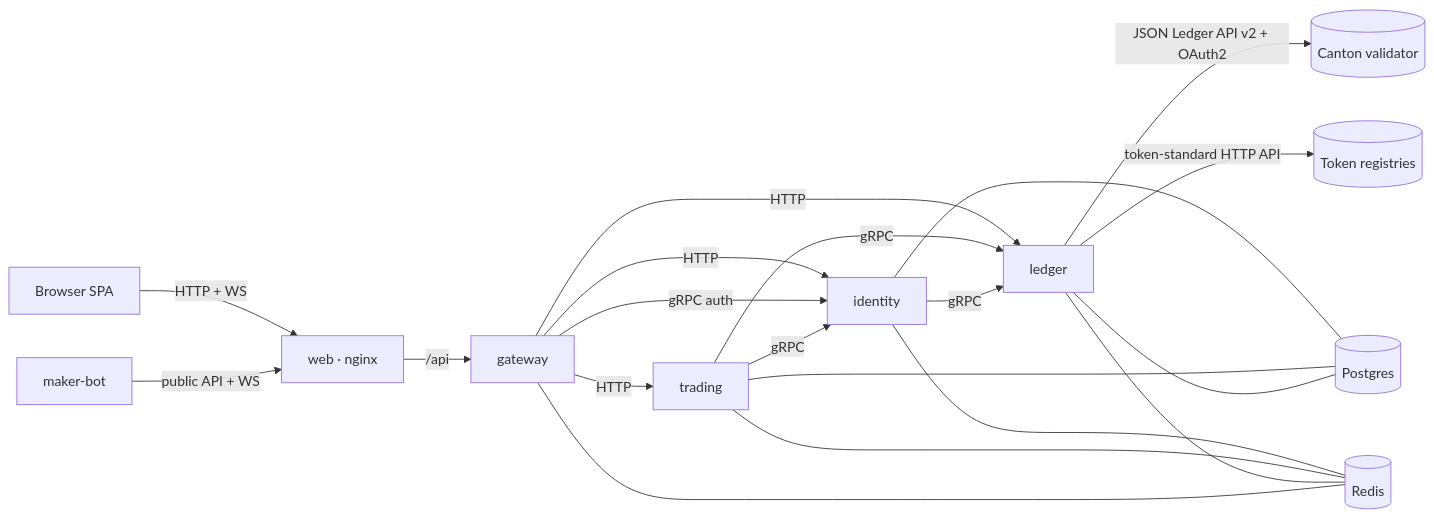
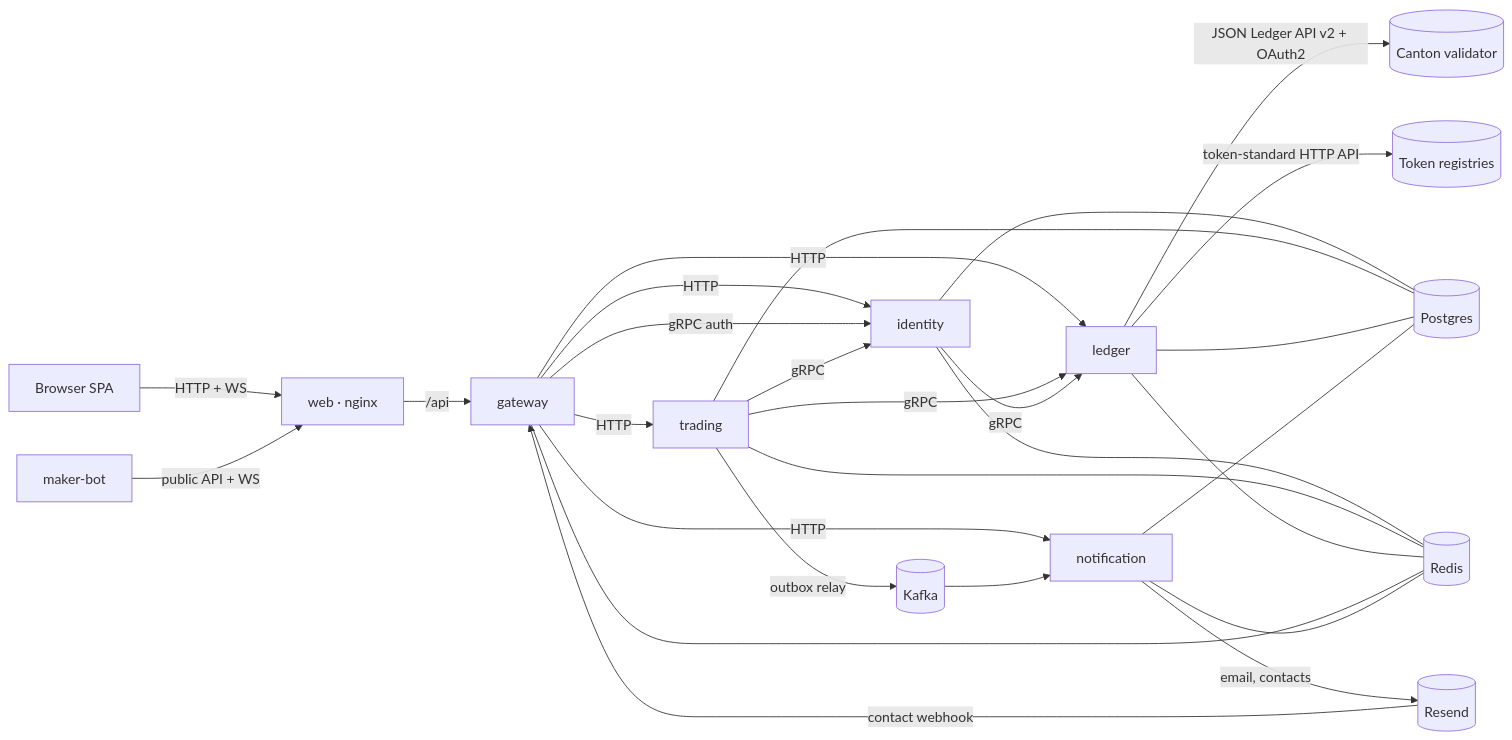
The diagram in README.md (vbloher/canton-private-otc-desk), drawn with Mermaid before and after one commit. The commit also changed other lines of this file and 144 other files, not shown here.

First line of the commit message:
Add email notifications through Kafka and a user profile

````diff
--- a/README.md
+++ b/README.md
@@ -40,22 +42,29 @@
 ```mermaid
 graph LR
   B[Browser SPA] -->|HTTP + WS| W[web · nginx]
   BOT[maker-bot] -->|public API + WS| W
   W -->|/api| G[gateway]
   G -->|HTTP| I[identity]
   G -->|HTTP| T[trading]
   G -->|HTTP| L[ledger]
+  G -->|HTTP| N[notification]
   G -->|gRPC auth| I
   T -->|gRPC| L
   T -->|gRPC| I
   I -->|gRPC| L
   L -->|JSON Ledger API v2 + OAuth2| C[(Canton validator)]
   L -->|token-standard HTTP API| REG[(Token registries)]
+  T -->|outbox relay| K[(Kafka)]
+  K --> N
+  N -->|email, contacts| RS[(Resend)]
+  RS -->|contact webhook| G
   I --- PG[(Postgres)]
   T --- PG
   L --- PG
+  N --- PG
   I --- R[(Redis)]
   T --- R
   L --- R
   G --- R
+  N --- R
 ```
````
